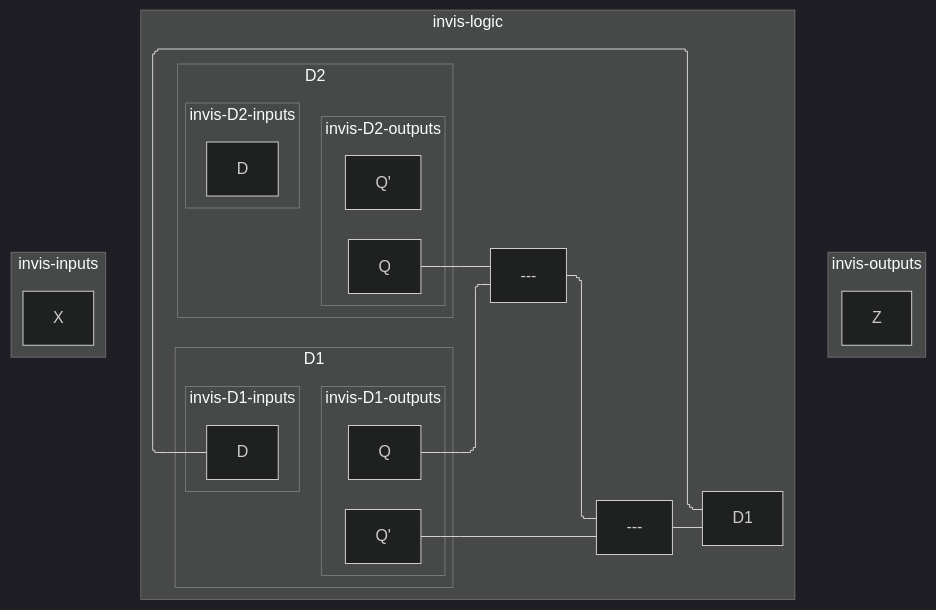
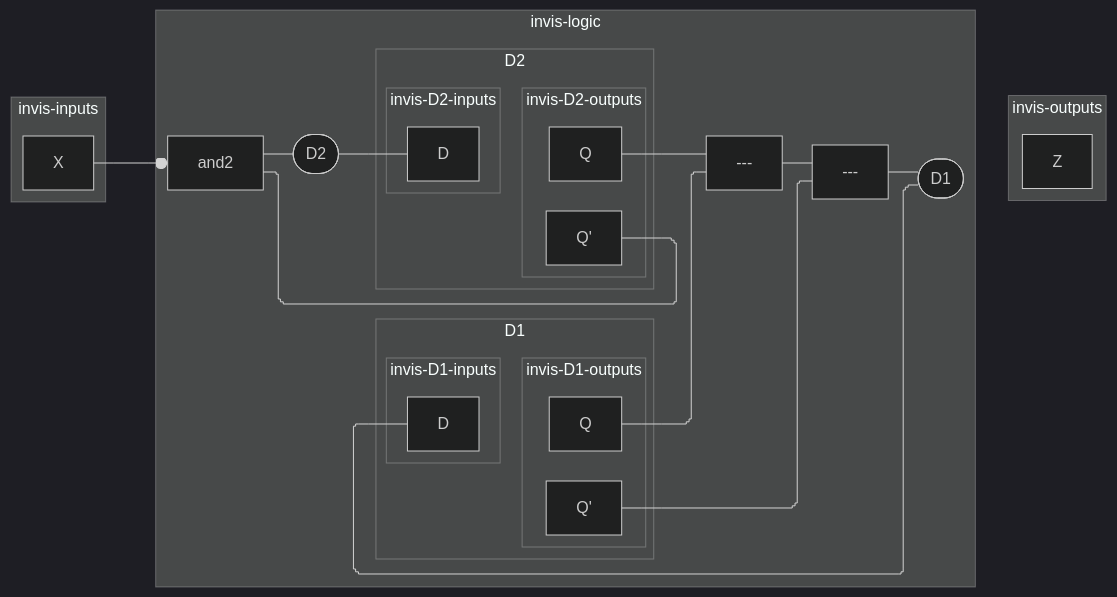
Before and after one commit to tnichols217/notes: the third of 3 diagrams in CSDS 281 - Logic Design/HW/8/Tables.md, drawn with Mermaid (dark theme).

Commit message:
vault backup: 2024-04-03 23:14:54

````diff
--- a/CSDS 281 - Logic Design/HW/8/Tables.md
+++ b/CSDS 281 - Logic Design/HW/8/Tables.md
@@ -63,37 +63,41 @@
 ```mermaid
 %%{ init: { 'flowchart': { 'curve': 'stepBefore', "defaultRenderer": "elk" } } }%%
 flowchart LR
 subgraph invis-inputs
 	X
 end
 subgraph invis-logic
 	subgraph D1
 		subgraph invis-D1-inputs
 			D1i[D]
 		end
 		subgraph invis-D1-outputs
 			Q1[Q]
 			Q1P[Q']
 		end
 		invis-D1-inputs ~~~ invis-D1-outputs
 	end
 	subgraph D2
 		subgraph invis-D2-inputs
 			D2i[D]
 		end
 		subgraph invis-D2-outputs
 			Q2[Q]
 			Q2P[Q']
 		end
 		invis-D2-inputs ~~~ invis-D2-outputs
 	end
 	Q1 & Q2 --- and1[---]
 	Q1P & and1 --- or1[---]
-	or1 --- D1ii[D1]
+	or1 --- D1ii([D1])
 	D1ii --- D1i
+	Q2P --- and2
+	X ---o and2
+	and2 --- D2ii([D2])
+	D2ii --- D2i
 end
 subgraph invis-outputs
 	Z
 end
 invis-inputs ~~~ invis-logic ~~~ invis-outputs
 ```
````
